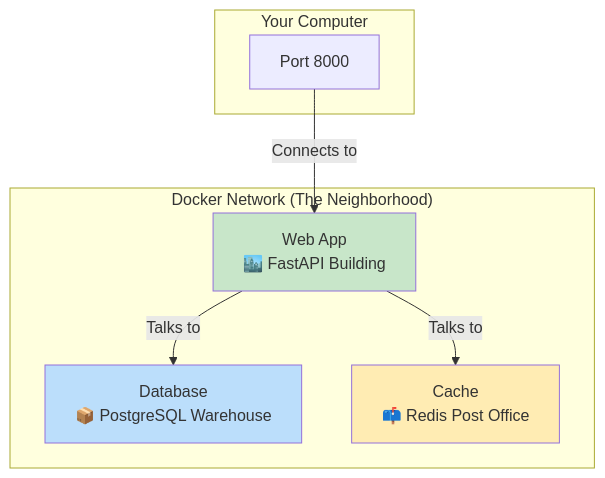
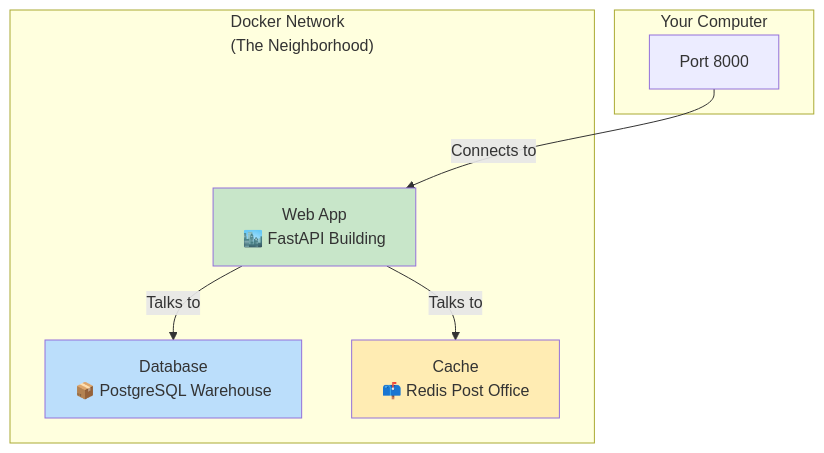
The second of 3 diagrams in app/docs/04_advanced/07-containerization-orchestration-production/page.mdx (ridwanspace/restful-fastapi-guideline), drawn with Mermaid before and after one commit.

Commit message:
📝 docs(containerization): enhance diagram in containerization docs
- improve diagram clarity by adding a Docker Network title

````diff
--- a/app/docs/04_advanced/07-containerization-orchestration-production/page.mdx
+++ b/app/docs/04_advanced/07-containerization-orchestration-production/page.mdx
@@ -204,20 +204,22 @@
 ```mermaid
 graph TD
     subgraph Your Computer
         P[Port 8000]
     end
 
-    subgraph "Docker Network (The Neighborhood)"
-        W[Web App<br/>🏙️ FastAPI Building]
+    subgraph "Docker Network<br>(The Neighborhood)"
+        gap1[ ]
+        style gap1 fill:none,stroke:none
+        gap1 ~~~ W[Web App<br/>🏙️ FastAPI Building]
         DB[Database<br/>📦 PostgreSQL Warehouse]
         C[Cache<br/>📫 Redis Post Office]
     end
 
     P -- Connects to --> W
     W -- Talks to --> DB
     W -- Talks to --> C
 
     style W fill:#c8e6c9
     style DB fill:#bbdefb
     style C fill:#ffecb3
 ```
````
